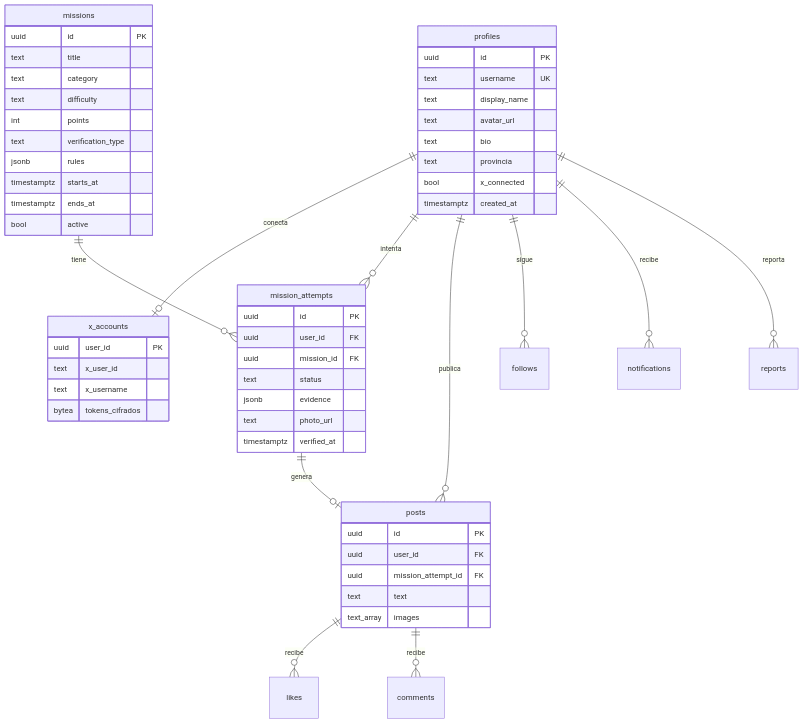
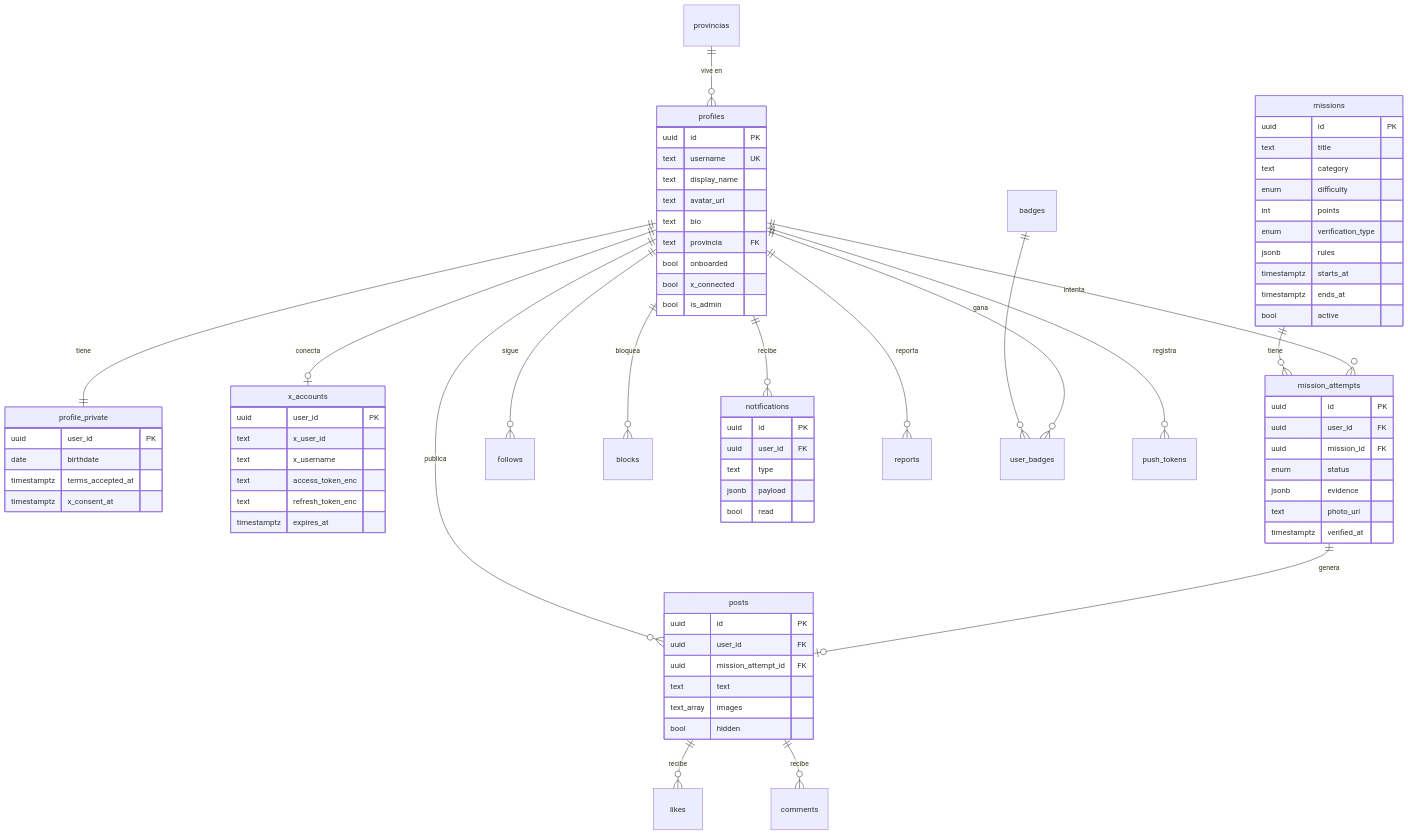
The third of 3 diagrams in docs/arquitectura.md (ahernandez061/fachapp), drawn with Mermaid before and after one commit. The commit also changed other lines of this file and 26 other files, not shown here.

````diff
--- a/docs/arquitectura.md
+++ b/docs/arquitectura.md
@@ -36,58 +63,81 @@
 ```mermaid
 erDiagram
+  provincias ||--o{ profiles : "vive en"
+  profiles ||--|| profile_private : tiene
   profiles ||--o| x_accounts : conecta
   profiles ||--o{ mission_attempts : intenta
   missions ||--o{ mission_attempts : tiene
   mission_attempts ||--o| posts : genera
   profiles ||--o{ posts : publica
   posts ||--o{ likes : recibe
   posts ||--o{ comments : recibe
   profiles ||--o{ follows : sigue
+  profiles ||--o{ blocks : bloquea
   profiles ||--o{ notifications : recibe
   profiles ||--o{ reports : reporta
+  profiles ||--o{ user_badges : gana
+  badges ||--o{ user_badges : ""
+  profiles ||--o{ push_tokens : registra
 
   profiles {
     uuid id PK
     text username UK
     text display_name
     text avatar_url
     text bio
-    text provincia
+    text provincia FK
+    bool onboarded
     bool x_connected
-    timestamptz created_at
+    bool is_admin
+  }
+  profile_private {
+    uuid user_id PK
+    date birthdate
+    timestamptz terms_accepted_at
+    timestamptz x_consent_at
   }
   x_accounts {
     uuid user_id PK
     text x_user_id
     text x_username
-    bytea tokens_cifrados
+    text access_token_enc
+    text refresh_token_enc
+    timestamptz expires_at
   }
   missions {
     uuid id PK
     text title
     text category
-    text difficulty
+    enum difficulty
     int points
-    text verification_type
+    enum verification_type
     jsonb rules
     timestamptz starts_at
     timestamptz ends_at
     bool active
   }
   mission_attempts {
     uuid id PK
     uuid user_id FK
     uuid mission_id FK
-    text status
+    enum status
     jsonb evidence
     text photo_url
     timestamptz verified_at
   }
   posts {
     uuid id PK
     uuid user_id FK
     uuid mission_attempt_id FK
     text text
     text_array images
+    bool hidden
+  }
+  notifications {
+    uuid id PK
+    uuid user_id FK
+    text type
+    jsonb payload
+    bool read
   }
 ```
````
